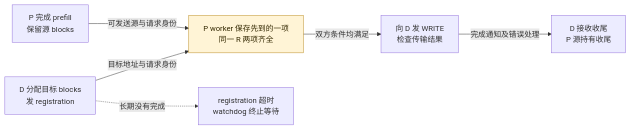
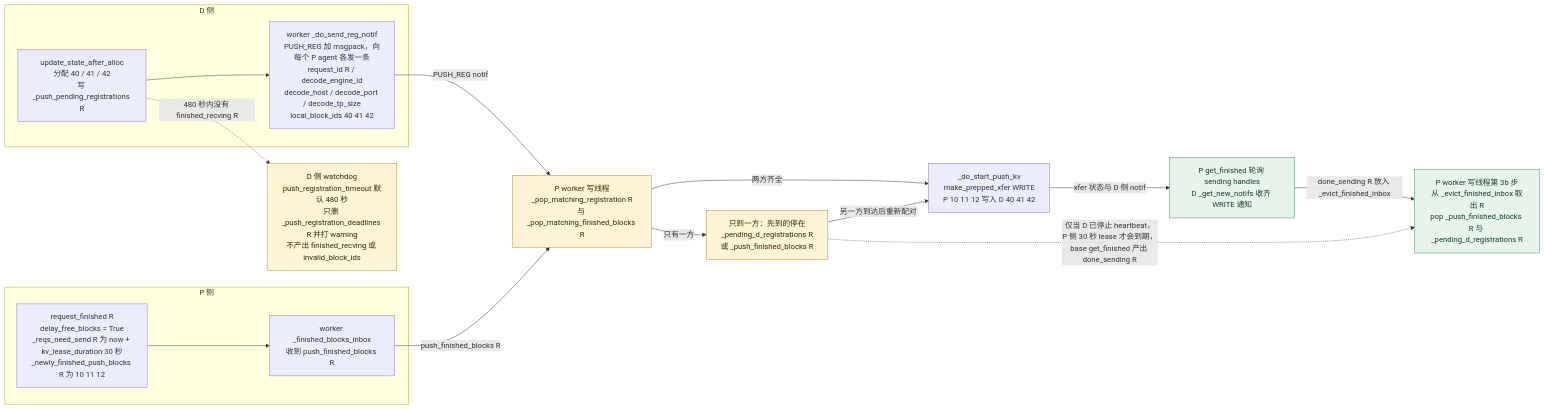
The third of 5 diagrams in wiki/02_engineering/03_infer_frameworks/vllm/22_vllm_disaggregated_kv_serving_analysis.md (suhaibo666/llm-knowledge), drawn with Mermaid before and after one commit. The commit also changed other lines of this file and 89 other files, not shown here.

````diff
--- a/wiki/02_engineering/03_infer_frameworks/vllm/22_vllm_disaggregated_kv_serving_analysis.md
+++ b/wiki/02_engineering/03_infer_frameworks/vllm/22_vllm_disaggregated_kv_serving_analysis.md
@@ -127,16 +437,32 @@
 ```mermaid
 flowchart LR
-  D["D 分配目标 blocks<br/>发 registration"]
-  P["P 完成 prefill<br/>保留源 blocks"]
-  J["P worker 保存先到的一项<br/>同一 R 两项齐全"]
-  W["向 D 发 WRITE<br/>检查传输结果"]
-  R["D 接收收尾<br/>P 源持有收尾"]
-  D -->|目标地址与请求身份| J
-  P -->|可发送源与请求身份| J
-  J -->|双方条件均满足| W
-  W -->|完成通知及错误处理| R
-  T["registration 超时<br/>watchdog 终止等待"]
-  D -.->|长期没有完成| T
+  subgraph DD["D 侧"]
+    D1["update_state_after_alloc<br/>分配 40 / 41 / 42<br/>写 _push_pending_registrations R"]
+    D2["worker _do_send_reg_notif<br/>PUSH_REG 加 msgpack，向每个 P agent 各发一条<br/>request_id R / decode_engine_id<br/>decode_host / decode_port / decode_tp_size<br/>local_block_ids 40 41 42"]
+  end
+  subgraph PP["P 侧"]
+    P1["request_finished R<br/>delay_free_blocks = True<br/>_reqs_need_send R 为 now + kv_lease_duration 30 秒<br/>_newly_finished_push_blocks R 为 10 11 12"]
+    P2["worker _finished_blocks_inbox<br/>收到 push_finished_blocks R"]
+  end
+  M["P worker 写线程<br/>_pop_matching_registration R<br/>与 _pop_matching_finished_blocks R"]
+  H["只到一方：先到的停在<br/>_pending_d_registrations R<br/>或 _push_finished_blocks R"]
+  W["_do_start_push_kv<br/>make_prepped_xfer WRITE<br/>P 10 11 12 写入 D 40 41 42"]
+  F["P get_finished 轮询 sending handles<br/>D _get_new_notifs 收齐 WRITE 通知"]
+  T["D 侧 watchdog<br/>push_registration_timeout 默认 480 秒<br/>只删 _push_registration_deadlines R 并打 warning<br/>不产出 finished_recving 或 invalid_block_ids"]
+  E["P worker 写线程第 3b 步<br/>从 _evict_finished_inbox 取出 R<br/>pop _push_finished_blocks R 与 _pending_d_registrations R"]
+  D1 --> D2
+  P1 --> P2
+  D2 -->|PUSH_REG notif| M
+  P2 -->|push_finished_blocks R| M
+  M -->|两方齐全| W
+  M -->|只有一方| H
+  H -->|另一方到达后重新配对| W
+  W -->|xfer 状态与 D 侧 notif| F
+  F -->|done_sending R 放入 _evict_finished_inbox| E
+  H -.->|仅当 D 已停止 heartbeat，P 侧 30 秒 lease 才会到期，base get_finished 产出 done_sending R| E
+  D1 -.->|480 秒内没有 finished_recving R| T
   classDef pending fill:#fff4d6,stroke:#ba8b21,color:#332800;
-  class J pending;
+  classDef ready fill:#e7f4ec,stroke:#43815c,color:#193b27;
+  class M,H,T pending;
+  class F,E ready;
 ```
````
